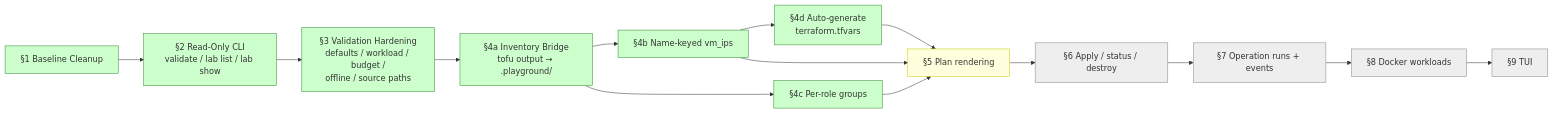
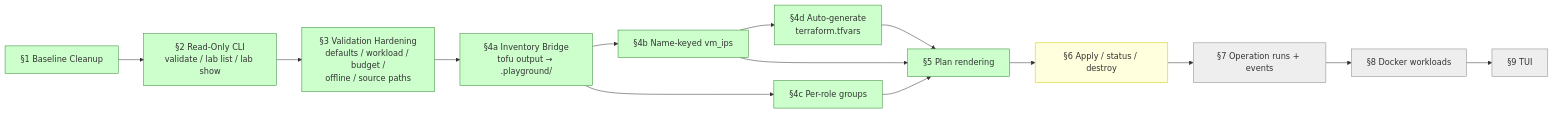
One commit to spicysauce1955-stack/playground changed the seventh of 7 diagrams in docs/system_overview.md. Above: the diagram before and after it, drawn with Mermaid. The commit also changed 8 other files, not shown here.

````diff
--- a/docs/system_overview.md
+++ b/docs/system_overview.md
@@ -361,29 +361,29 @@
 ```mermaid
 flowchart LR
     s1[§1 Baseline Cleanup]
     s2[§2 Read-Only CLI<br/>validate / lab list / lab show]
     s3[§3 Validation Hardening<br/>defaults / workload / budget /<br/>offline / source paths]
     s4a[§4a Inventory Bridge<br/>tofu output → .playground/]
     s4b[§4b Name-keyed vm_ips]
     s4c[§4c Per-role groups]
     s5[§5 Plan rendering]
     s6[§6 Apply / status / destroy]
     s7[§7 Operation runs + events]
     s8[§8 Docker workloads]
     s9[§9 TUI]
 
     s1 --> s2 --> s3 --> s4a --> s4b
     s4a --> s4c
     s4b --> s4d[§4d Auto-generate<br/>terraform.tfvars]
     s4b --> s5
     s4c --> s5
     s4d --> s5
     s5 --> s6 --> s7 --> s8 --> s9
 
     classDef done fill:#cfc,stroke:#383
     classDef next fill:#ffd,stroke:#cc0
     classDef queued fill:#eee,stroke:#888
-    class s1,s2,s3,s4a,s4b,s4c,s4d done
-    class s5 next
-    class s6,s7,s8,s9 queued
+    class s1,s2,s3,s4a,s4b,s4c,s4d,s5 done
+    class s6 next
+    class s7,s8,s9 queued
 ```
````
